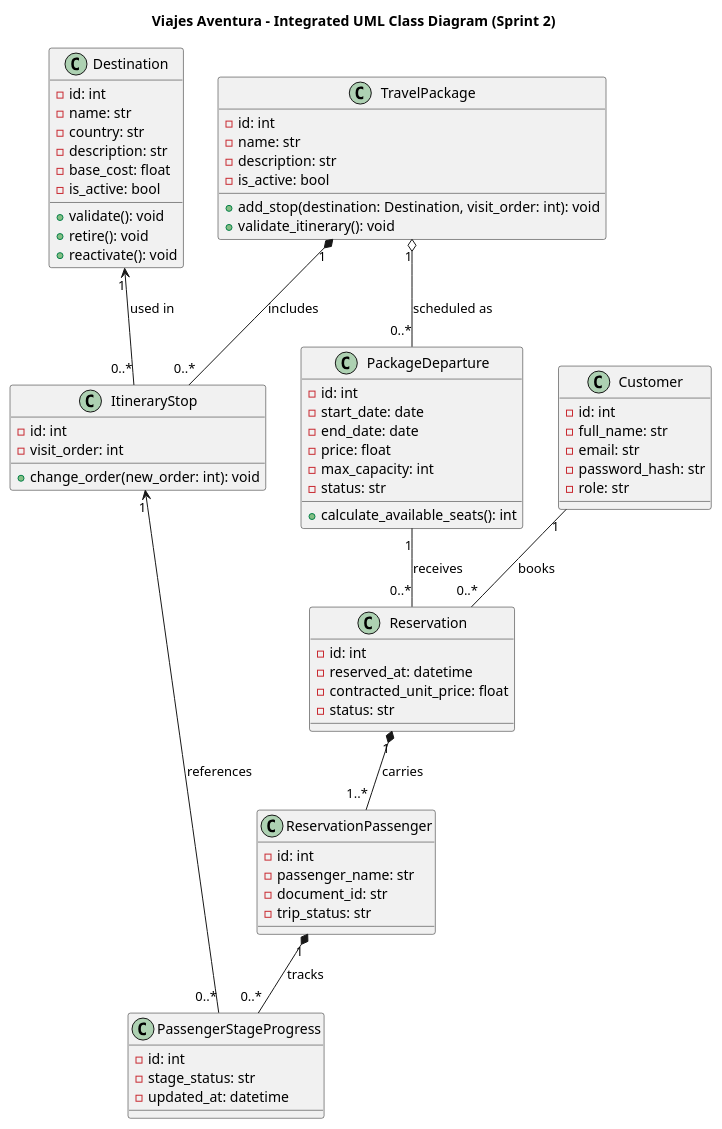
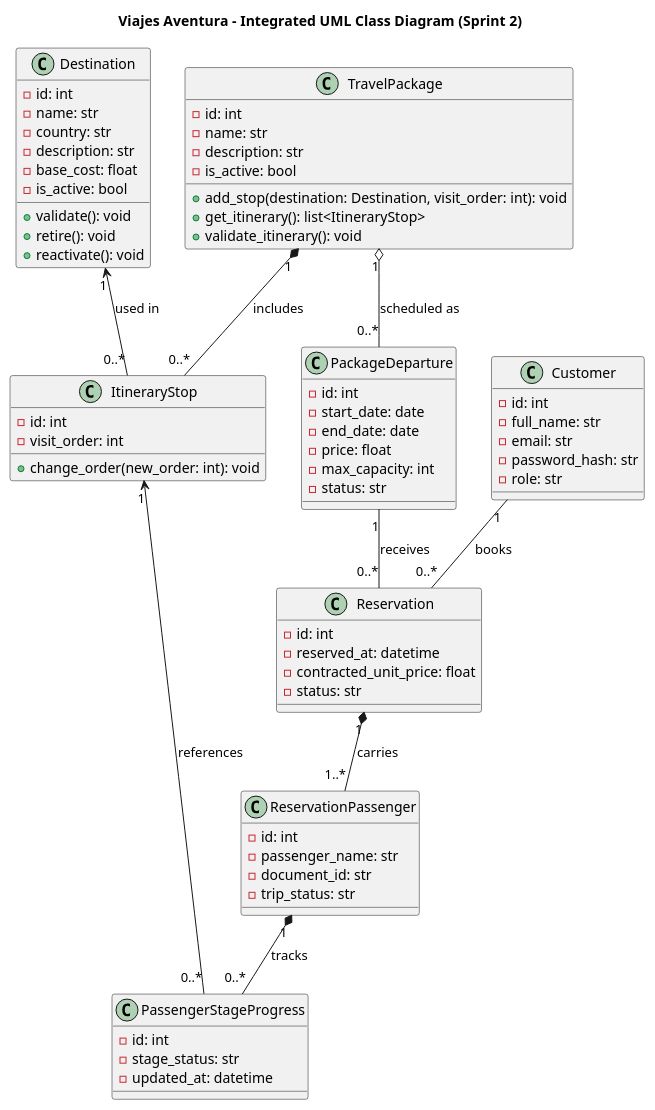
One commit to xxDIEGOxx523/Trabajo_empresa_de_viajes changed the diagram in docs/class_diagram.puml. Above: the diagram before and after it, drawn with PlantUML. The commit also changed 13 other files, not shown here.

Commit message:
docs(sprint-2): add DB model v2, 3 BPMN diagrams, UML models and AI audit

```diff
--- a/docs/class_diagram.puml
+++ b/docs/class_diagram.puml
@@ -1,77 +1,77 @@
 @startuml
 title Viajes Aventura - Integrated UML Class Diagram (Sprint 2)
 
 class Destination {
   - id: int
   - name: str
   - country: str
   - description: str
   - base_cost: float
   - is_active: bool
   + validate(): void
   + retire(): void
   + reactivate(): void
 }
 
 class TravelPackage {
   - id: int
   - name: str
   - description: str
   - is_active: bool
   + add_stop(destination: Destination, visit_order: int): void
+  + get_itinerary(): list<ItineraryStop>
   + validate_itinerary(): void
 }
 
 class ItineraryStop {
   - id: int
   - visit_order: int
   + change_order(new_order: int): void
 }
 
 class PackageDeparture {
   - id: int
   - start_date: date
   - end_date: date
   - price: float
   - max_capacity: int
   - status: str
-  + calculate_available_seats(): int
 }
 
 class Customer {
   - id: int
   - full_name: str
   - email: str
   - password_hash: str
   - role: str
 }
 
 class Reservation {
   - id: int
   - reserved_at: datetime
   - contracted_unit_price: float
   - status: str
 }
 
 class ReservationPassenger {
   - id: int
   - passenger_name: str
   - document_id: str
   - trip_status: str
 }
 
 class PassengerStageProgress {
   - id: int
   - stage_status: str
   - updated_at: datetime
 }
 
 TravelPackage "1" *-- "0..*" ItineraryStop : includes
 Destination "1" <-- "0..*" ItineraryStop : used in
 TravelPackage "1" o-- "0..*" PackageDeparture : scheduled as
 Customer "1" -- "0..*" Reservation : books
 PackageDeparture "1" -- "0..*" Reservation : receives
 Reservation "1" *-- "1..*" ReservationPassenger : carries
 ReservationPassenger "1" *-- "0..*" PassengerStageProgress : tracks
 ItineraryStop "1" <-- "0..*" PassengerStageProgress : references
 @enduml
```
